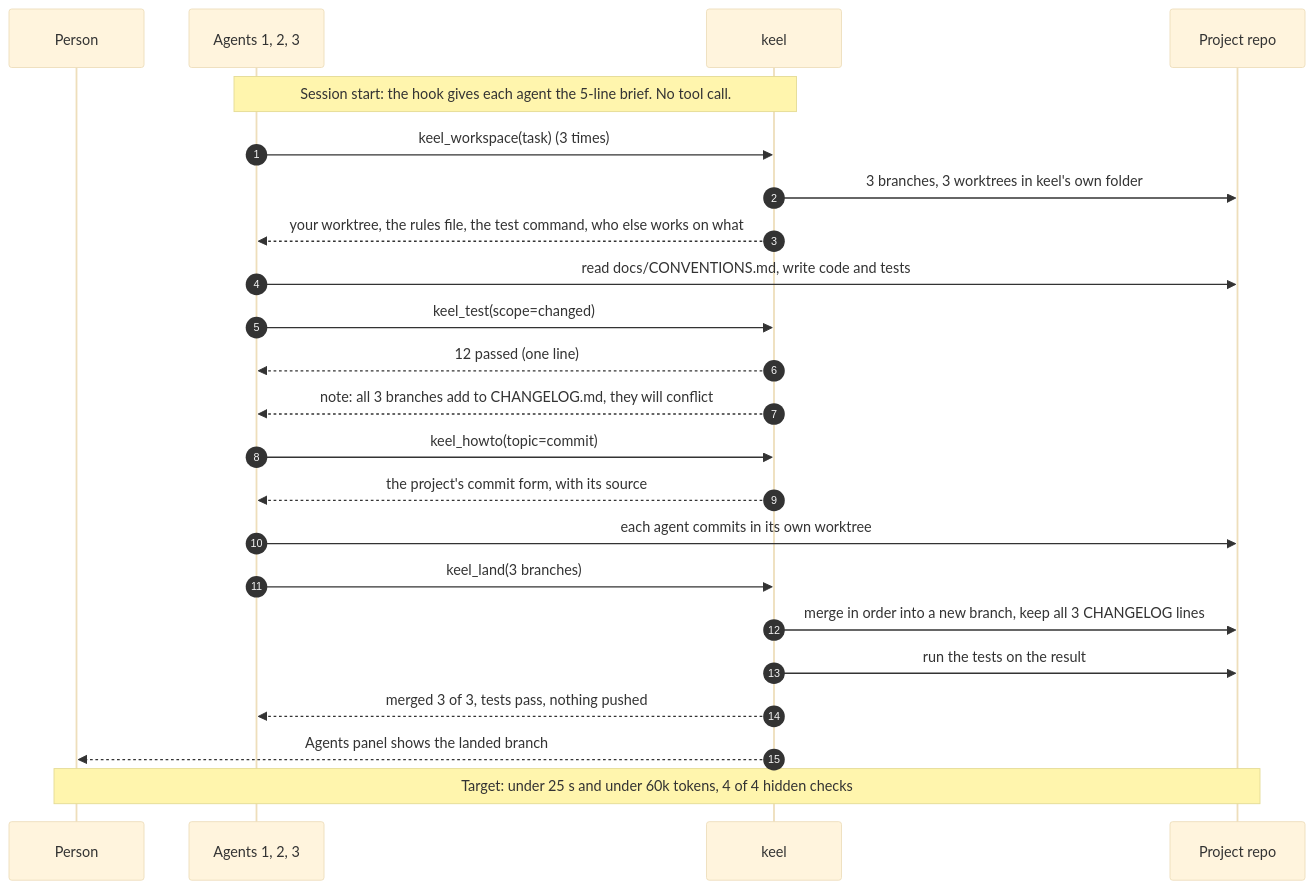
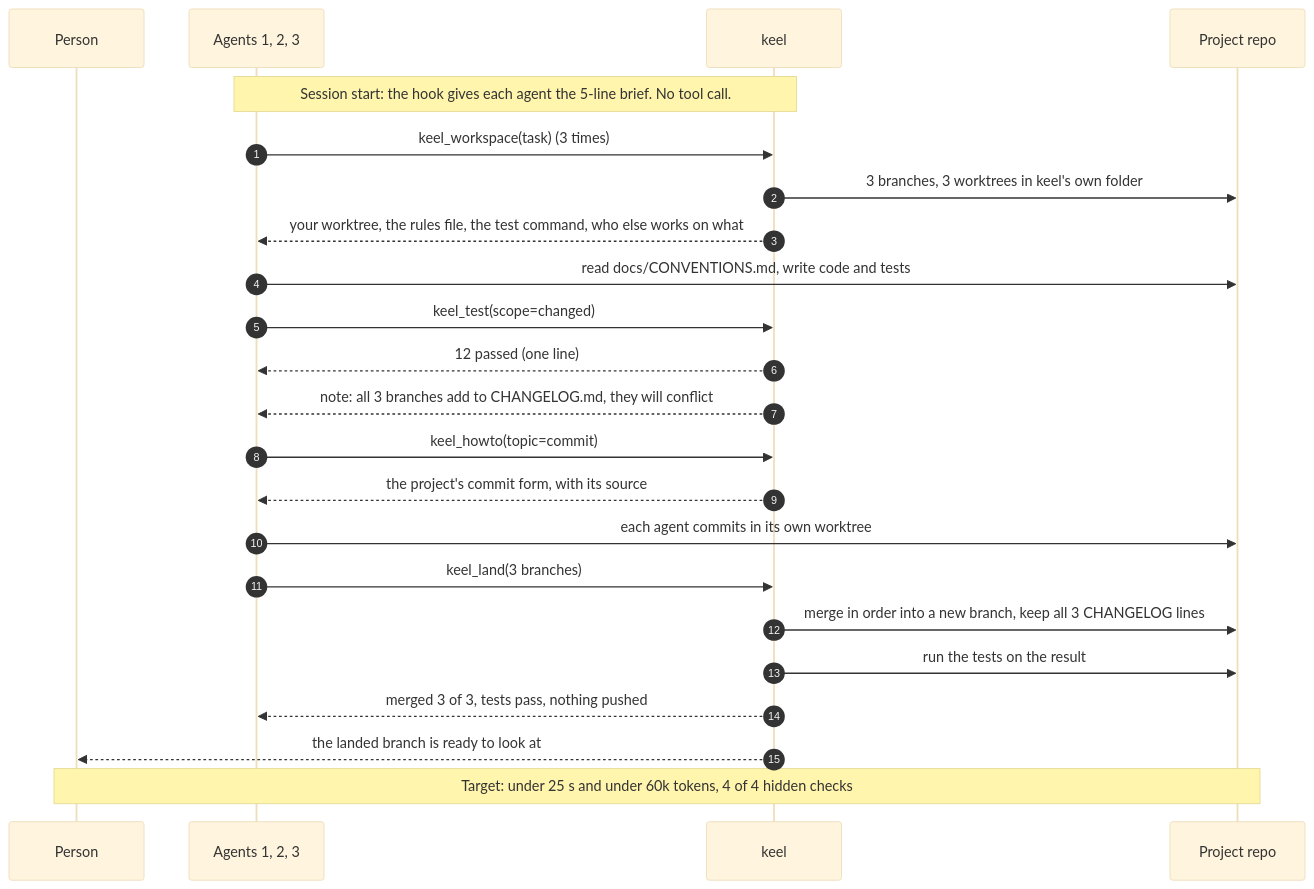
One commit to MiladNalbandi/keel-v2 changed the fifth of 7 diagrams in docs/research/keel-feature-proposal.md. Above: the diagram before and after it, drawn with Mermaid (base theme). The commit also changed other lines of this file and 13 other files, not shown here.

````diff
--- a/docs/research/keel-feature-proposal.md
+++ b/docs/research/keel-feature-proposal.md
@@ -675,26 +775,26 @@
 ```mermaid
 sequenceDiagram
   autonumber
   participant P as Person
   participant A as Agents 1, 2, 3
   participant K as keel
   participant R as Project repo
 
   Note over A,K: Session start: the hook gives each agent the 5-line brief. No tool call.
   A->>K: keel_workspace(task) (3 times)
   K->>R: 3 branches, 3 worktrees in keel's own folder
   K-->>A: your worktree, the rules file, the test command, who else works on what
   A->>R: read docs/CONVENTIONS.md, write code and tests
   A->>K: keel_test(scope=changed)
   K-->>A: 12 passed (one line)
   K-->>A: note: all 3 branches add to CHANGELOG.md, they will conflict
   A->>K: keel_howto(topic=commit)
   K-->>A: the project's commit form, with its source
   A->>R: each agent commits in its own worktree
   A->>K: keel_land(3 branches)
   K->>R: merge in order into a new branch, keep all 3 CHANGELOG lines
   K->>R: run the tests on the result
   K-->>A: merged 3 of 3, tests pass, nothing pushed
-  K-->>P: Agents panel shows the landed branch
+  K-->>P: the landed branch is ready to look at
   Note over P,R: Target: under 25 s and under 60k tokens, 4 of 4 hidden checks
 ```
````
